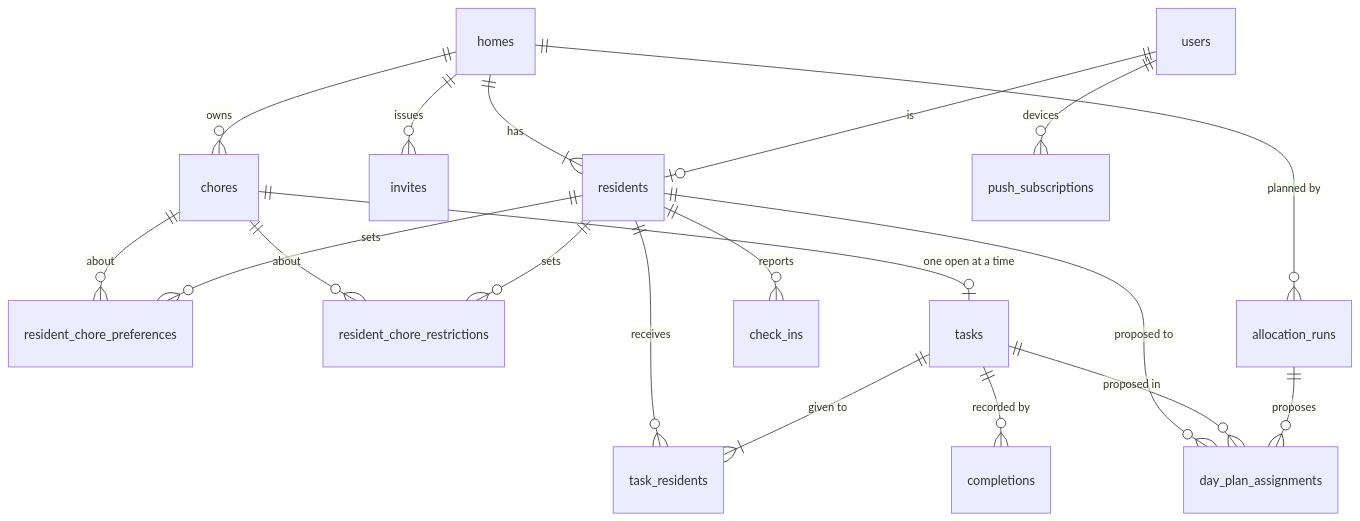
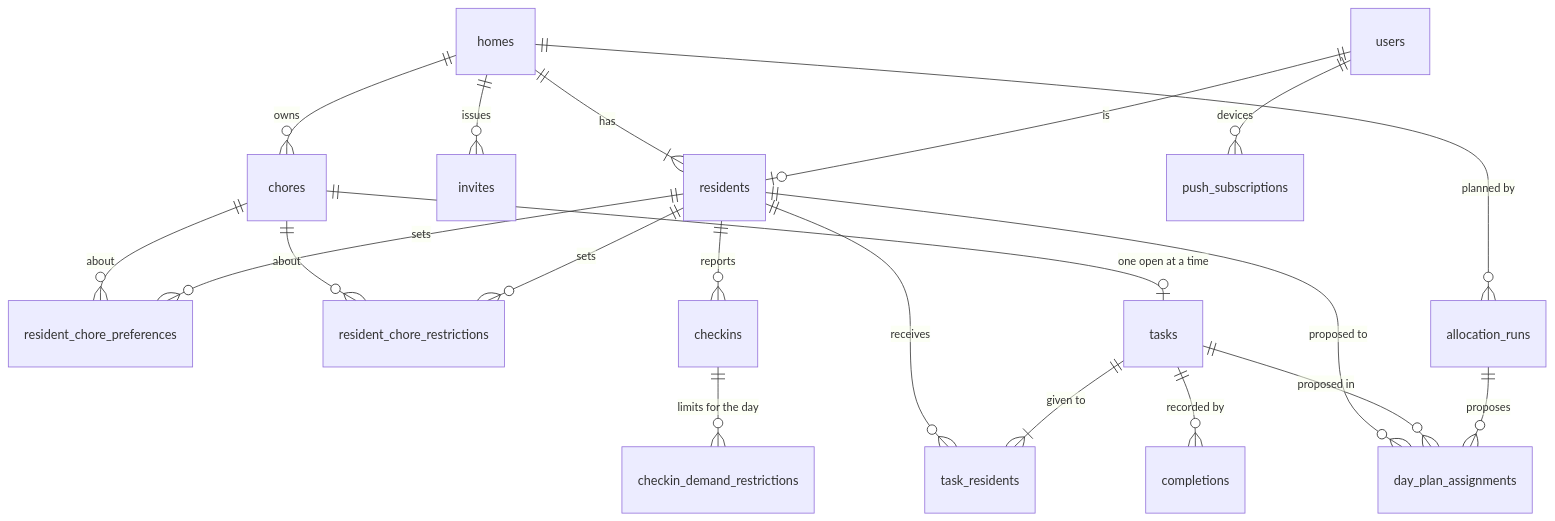
Before and after one commit to AbnerWillclefy/Homeowner: the diagram in docs/architecture/data-model.md, drawn with Mermaid. The commit also changed other lines of this file and 2 other files, not shown here.

Commit message:
docs(architecture): describe the check-in, its tables and the one-resident replan

````diff
--- a/docs/architecture/data-model.md
+++ b/docs/architecture/data-model.md
@@ -28,21 +29,22 @@
 ```mermaid
 erDiagram
     users ||--o| residents : "is"
     homes ||--|{ residents : "has"
     homes ||--o{ invites : "issues"
     homes ||--o{ chores : "owns"
     residents ||--o{ resident_chore_preferences : "sets"
     residents ||--o{ resident_chore_restrictions : "sets"
     chores ||--o{ resident_chore_preferences : "about"
     chores ||--o{ resident_chore_restrictions : "about"
     chores ||--o| tasks : "one open at a time"
     tasks ||--|{ task_residents : "given to"
     residents ||--o{ task_residents : "receives"
     tasks ||--o{ completions : "recorded by"
-    residents ||--o{ check_ins : "reports"
+    residents ||--o{ checkins : "reports"
+    checkins ||--o{ checkin_demand_restrictions : "limits for the day"
     users ||--o{ push_subscriptions : "devices"
     homes ||--o{ allocation_runs : "planned by"
     allocation_runs ||--o{ day_plan_assignments : "proposes"
     tasks ||--o{ day_plan_assignments : "proposed in"
     residents ||--o{ day_plan_assignments : "proposed to"
 ```
````
